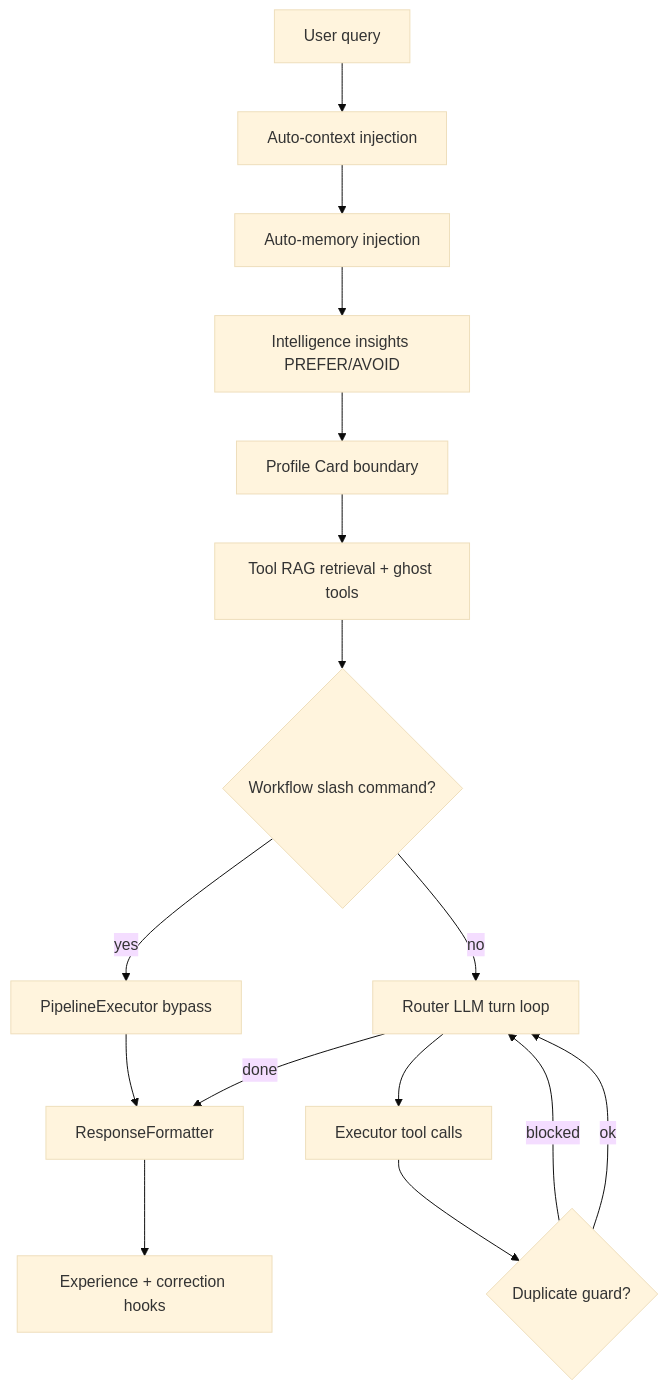
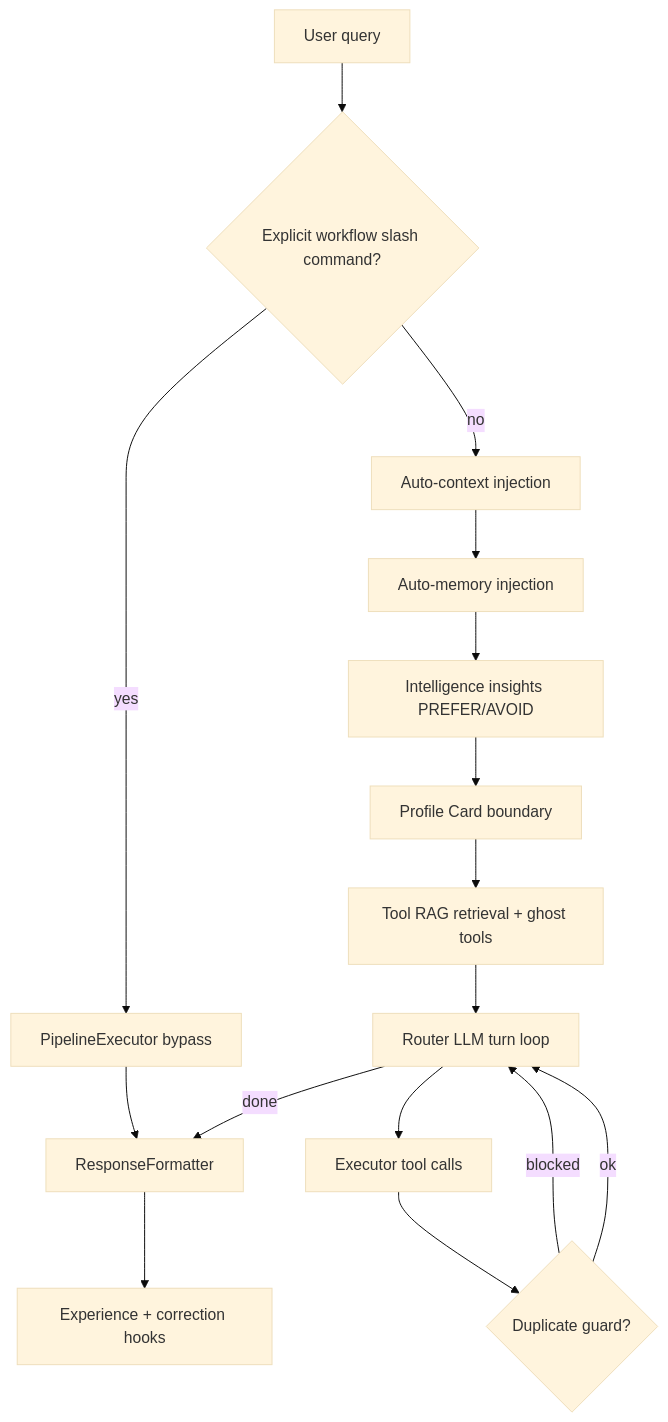
Before and after one commit to bigsk1/jarvis-voice: the seventh of 15 diagrams in docs/JARVIS_WORKFLOW.md, drawn with Mermaid (base theme). The commit also changed other lines of this file and 68 other files, not shown here.

````diff
--- a/docs/JARVIS_WORKFLOW.md
+++ b/docs/JARVIS_WORKFLOW.md
@@ -486,18 +503,18 @@
 ```mermaid
 flowchart TD
-    Q[User query] --> AC[Auto-context injection]
+    Q[User query] --> WF{Explicit workflow slash command?}
+    WF -->|yes| PE[PipelineExecutor bypass]
+    WF -->|no| AC[Auto-context injection]
     AC --> AM[Auto-memory injection]
     AM --> II[Intelligence insights PREFER/AVOID]
     II --> PC[Profile Card boundary]
     PC --> TR[Tool RAG retrieval + ghost tools]
-    TR --> WF{Workflow slash command?}
-    WF -->|yes| PE[PipelineExecutor bypass]
-    WF -->|no| RT[Router LLM turn loop]
+    TR --> RT[Router LLM turn loop]
     PE --> RF[ResponseFormatter]
     RT --> EX[Executor tool calls]
     EX --> DG{Duplicate guard?}
     DG -->|blocked| RT
     DG -->|ok| RT
     RT -->|done| RF
     RF --> EXP[Experience + correction hooks]
 ```
````
